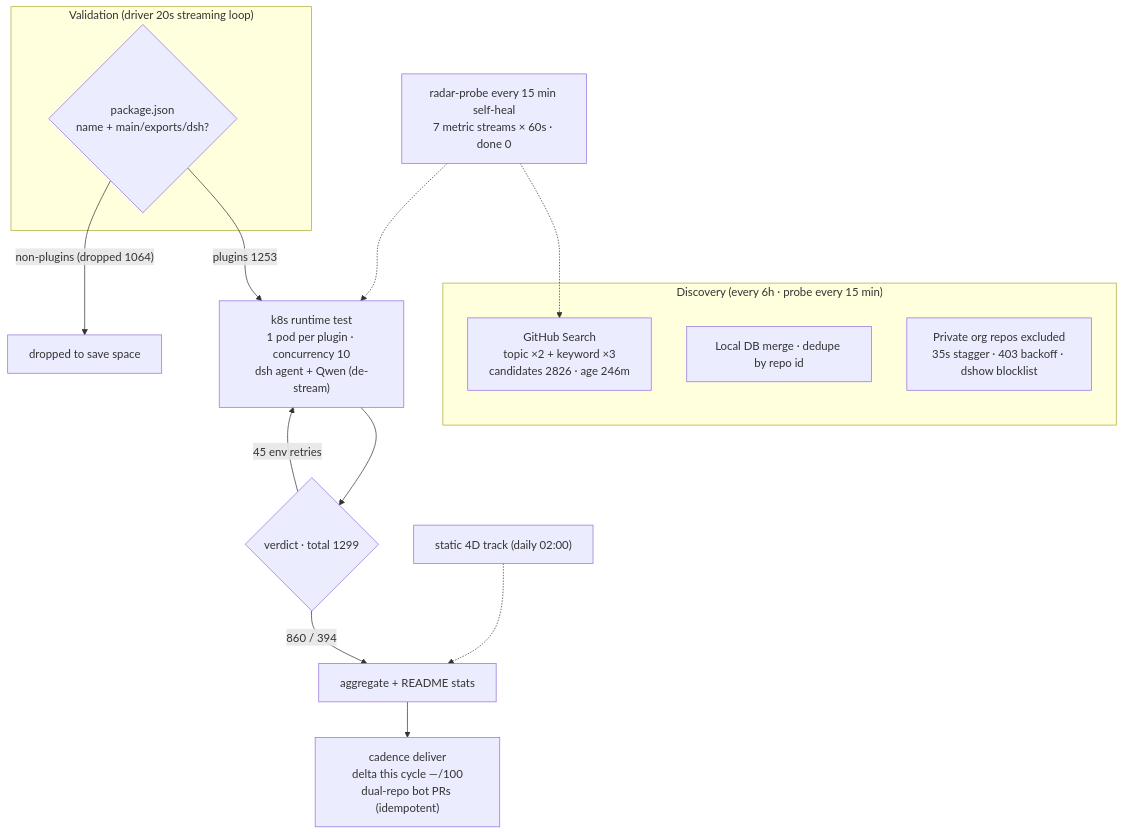
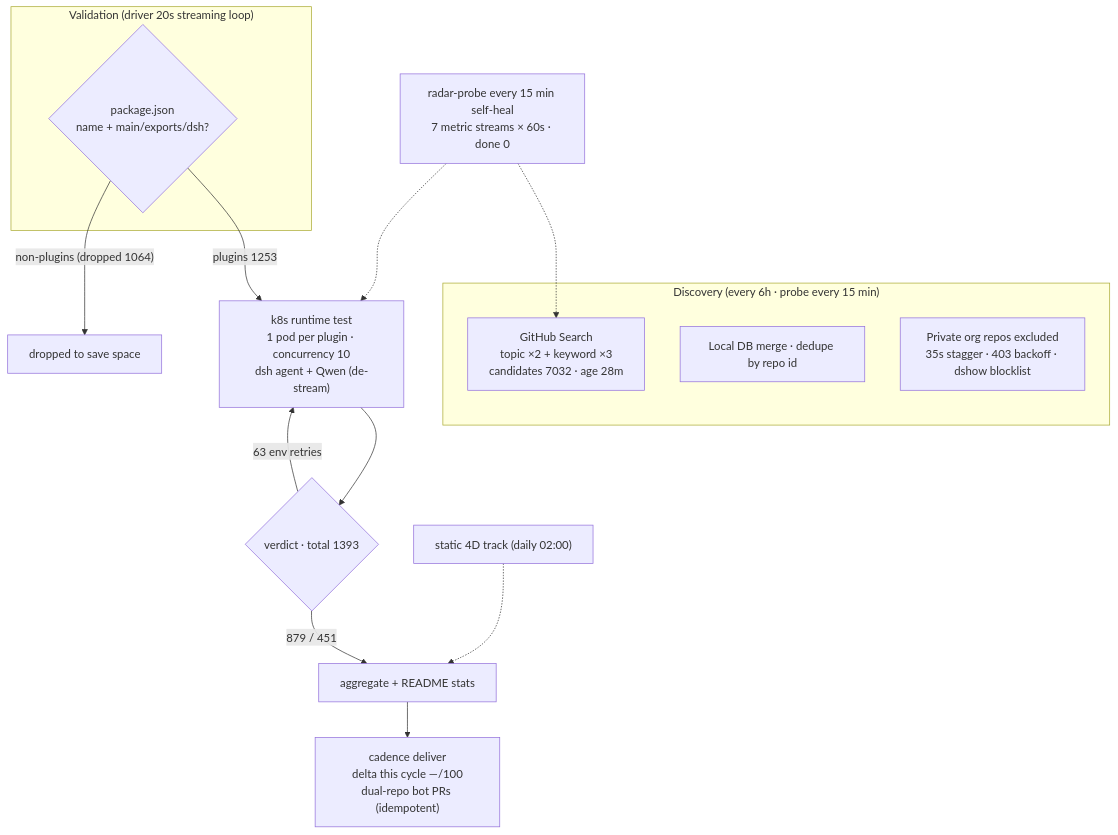
Before and after one commit to AdamPlatin123/awesome-dsh-plugins: the diagram in README.en-US.md, drawn with Mermaid. The commit also changed other lines of this file and 3 other files, not shown here.

````diff
--- a/README.en-US.md
+++ b/README.en-US.md
@@ -29,20 +29,20 @@
 ```mermaid
 flowchart TB
     subgraph Discovery[" Discovery (every 6h · probe every 15 min)"]
-        A1["GitHub Search<br/>topic ×2 + keyword ×3<br/>candidates 2826 · age 246m"]
+        A1["GitHub Search<br/>topic ×2 + keyword ×3<br/>candidates 7032 · age 28m"]
         A2["Local DB merge · dedupe by repo id"]
         A3[" Private org repos excluded<br/>35s stagger · 403 backoff · dshow blocklist"]
     end
     subgraph Validation[" Validation (driver 20s streaming loop)"]
         B1{"package.json<br/>name + main/exports/dsh?"}
     end
     B1 -->|"plugins 1253"| C1["k8s runtime test<br/>1 pod per plugin · concurrency 10<br/>dsh agent + Qwen (de-stream)"]
     B1 -->|"non-plugins (dropped 1064)"| B3[" dropped to save space"]
-    C1 --> D1{"verdict · total 1299"}
-    D1 -->|" 860 /  394"| E1["aggregate + README stats"]
-    D1 -->|" 45 env retries"| C1
+    C1 --> D1{"verdict · total 1393"}
+    D1 -->|" 879 /  451"| E1["aggregate + README stats"]
+    D1 -->|" 63 env retries"| C1
     E1 --> E2["cadence deliver<br/>delta this cycle —/100<br/>dual-repo bot PRs (idempotent)"]
     S[" static 4D track (daily 02:00)"] -.-> E1
     M[" radar-probe every 15 min self-heal<br/>7 metric streams × 60s · done 0"] -.-> A1
     M -.-> C1
 ```
````
